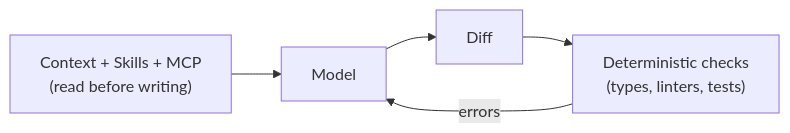
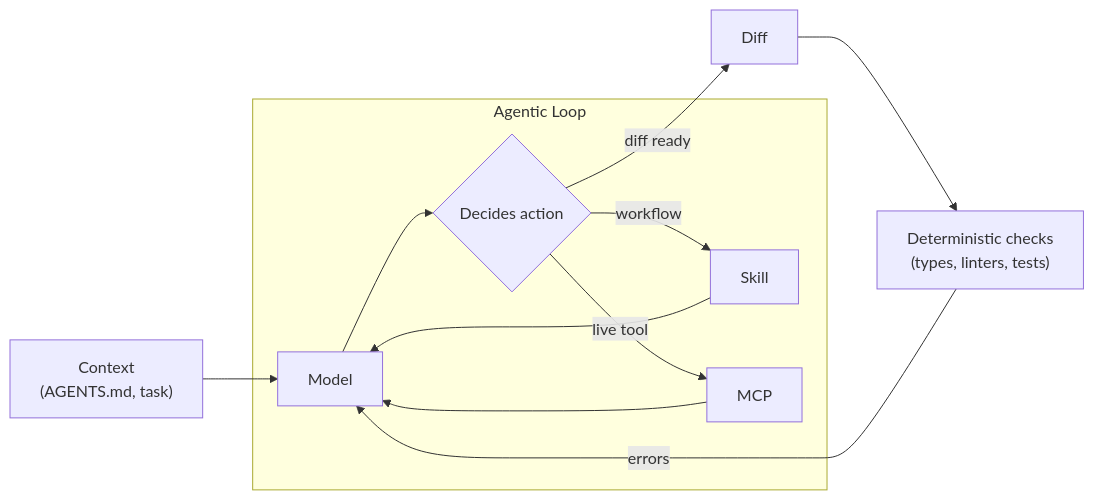
One commit to bwrob/bwrob.github.io changed the first of 2 diagrams in posts/26-10-03-agentic-harness-fundamentals/index.qmd. Above: the diagram before and after it, drawn with Mermaid. The commit also changed other lines of this file and 1 other file, not shown here.

Commit message:
feat(posts): automate references and add agentic skill decay citation

````diff
--- a/posts/26-10-03-agentic-harness-fundamentals/index.qmd
+++ b/posts/26-10-03-agentic-harness-fundamentals/index.qmd
@@ -36,7 +38,16 @@
 ```{mermaid}
 flowchart LR
-    Ctx["Context + Skills + MCP<br/>(read before writing)"] --> Model["Model"]
-    Model --> Diff["Diff"]
+    Ctx["Context<br/>(AGENTS.md, task)"] --> Model["Model"]
+
+    subgraph AgentLoop["Agentic Loop"]
+        Model --> Decision{"Decides action"}
+        Decision -- "workflow" --> Skills["Skill"]
+        Decision -- "live tool" --> MCP["MCP"]
+        Skills --> Model
+        MCP --> Model
+    end
+
+    Decision -- "diff ready" --> Diff["Diff"]
     Diff --> Checks["Deterministic checks<br/>(types, linters, tests)"]
     Checks -- "errors" --> Model
 ```
````
